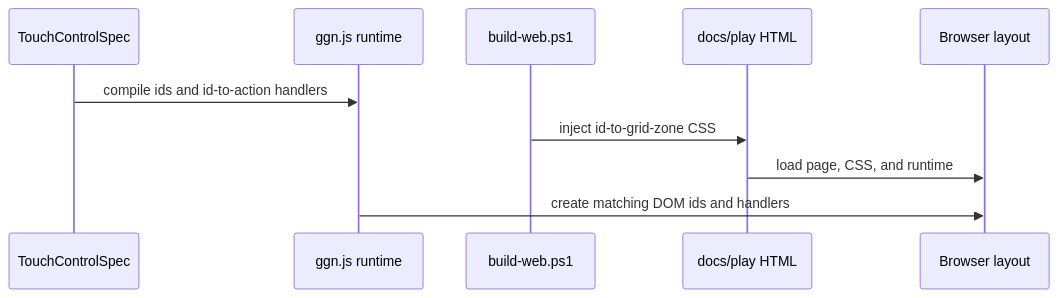
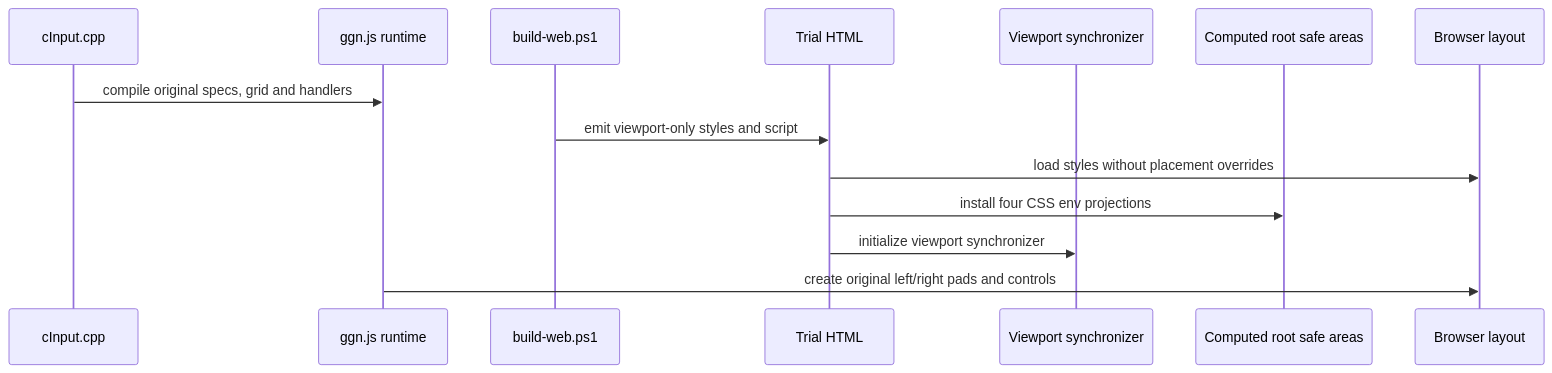
Before and after one commit to shiromac/gensoukyougensounikki: the second of 5 diagrams in docs/design/portrait-visual-viewport-fit/design.md, drawn with Mermaid. The commit also changed other lines of this file and 5 other files, not shown here.

Commit message:
fix: restore authored two-pad touch layout

````diff
--- a/docs/design/portrait-visual-viewport-fit/design.md
+++ b/docs/design/portrait-visual-viewport-fit/design.md
@@ -127,12 +91,16 @@
 ```mermaid
 sequenceDiagram
-    participant Spec as TouchControlSpec
+    participant Source as cInput.cpp
     participant Runtime as ggn.js runtime
     participant Generator as build-web.ps1
-    participant Pages as docs/play HTML
-    participant Browser as Browser layout
-    Spec->>Runtime: compile ids and id-to-action handlers
-    Generator->>Pages: inject id-to-grid-zone CSS
-    Pages->>Browser: load page, CSS, and runtime
-    Runtime->>Browser: create matching DOM ids and handlers
+    participant Pages as Trial HTML
+    participant Sync as Viewport synchronizer
+    participant SafeAreas as Computed root safe areas
+    participant Layout as Browser layout
+    Source->>Runtime: compile original specs, grid and handlers
+    Generator->>Pages: emit viewport-only styles and script
+    Pages->>Layout: load styles without placement overrides
+    Pages->>SafeAreas: install four CSS env projections
+    Pages->>Sync: initialize viewport synchronizer
+    Runtime->>Layout: create original left/right pads and controls
 ```
````
